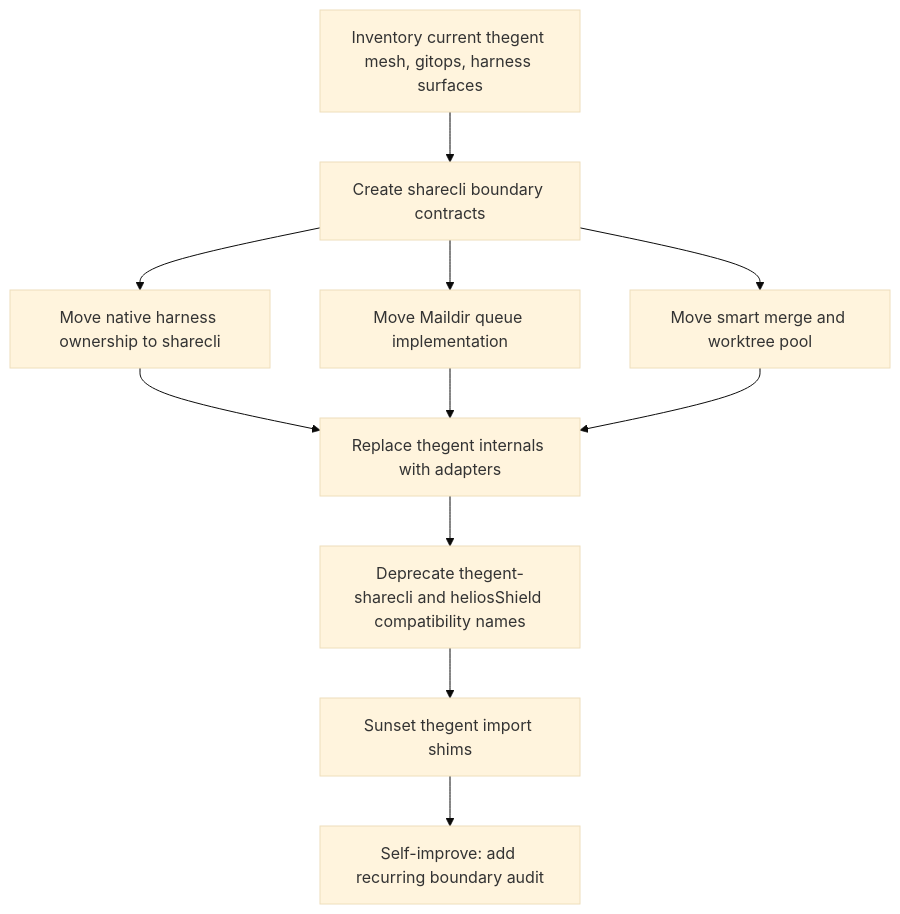
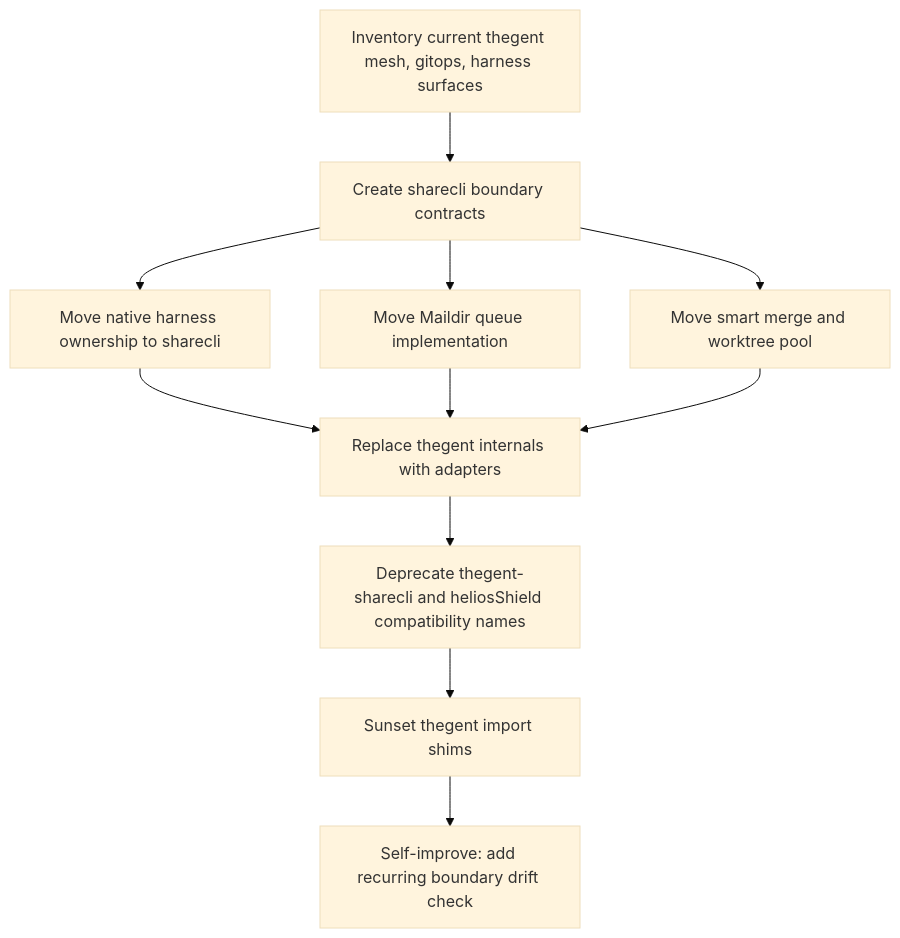
One commit to KooshaPari/thegent changed the diagram in docs/reports/THEGENT_SHARECLI_BOUNDARY_AUDIT_2026-06-21.md. Above: the diagram before and after it, drawn with Mermaid (base theme). The commit also changed other lines of this file and 2 other files, not shown here.

Commit message:
docs(specs): define sharecli boundary drift check

````diff
--- a/docs/reports/THEGENT_SHARECLI_BOUNDARY_AUDIT_2026-06-21.md
+++ b/docs/reports/THEGENT_SHARECLI_BOUNDARY_AUDIT_2026-06-21.md
@@ -172,23 +173,23 @@
 ```mermaid
 flowchart TD
   A[Inventory current thegent mesh, gitops, harness surfaces]
   B[Create sharecli boundary contracts]
   C[Move native harness ownership to sharecli]
   D[Move Maildir queue implementation]
   E[Move smart merge and worktree pool]
   F[Replace thegent internals with adapters]
   G[Deprecate thegent-sharecli and heliosShield compatibility names]
   H[Sunset thegent import shims]
-  I[Self-improve: add recurring boundary audit]
+  I[Self-improve: add recurring boundary drift check]
 
   A --> B
   B --> C
   B --> D
   B --> E
   C --> F
   D --> F
   E --> F
   F --> G
   G --> H
   H --> I
 ```
````
